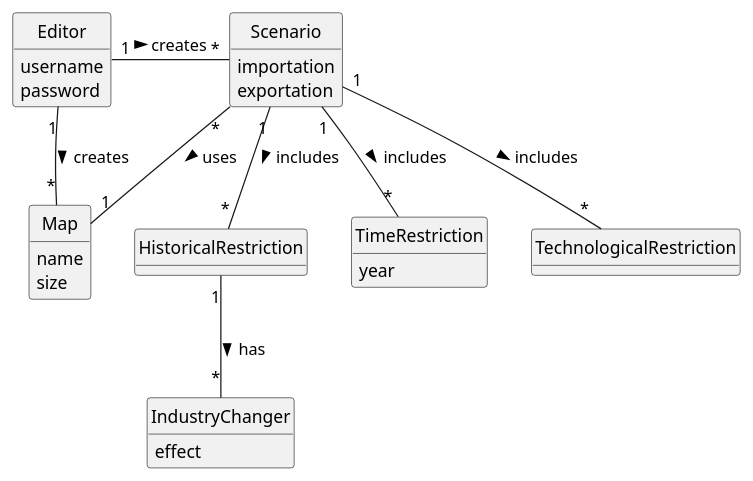
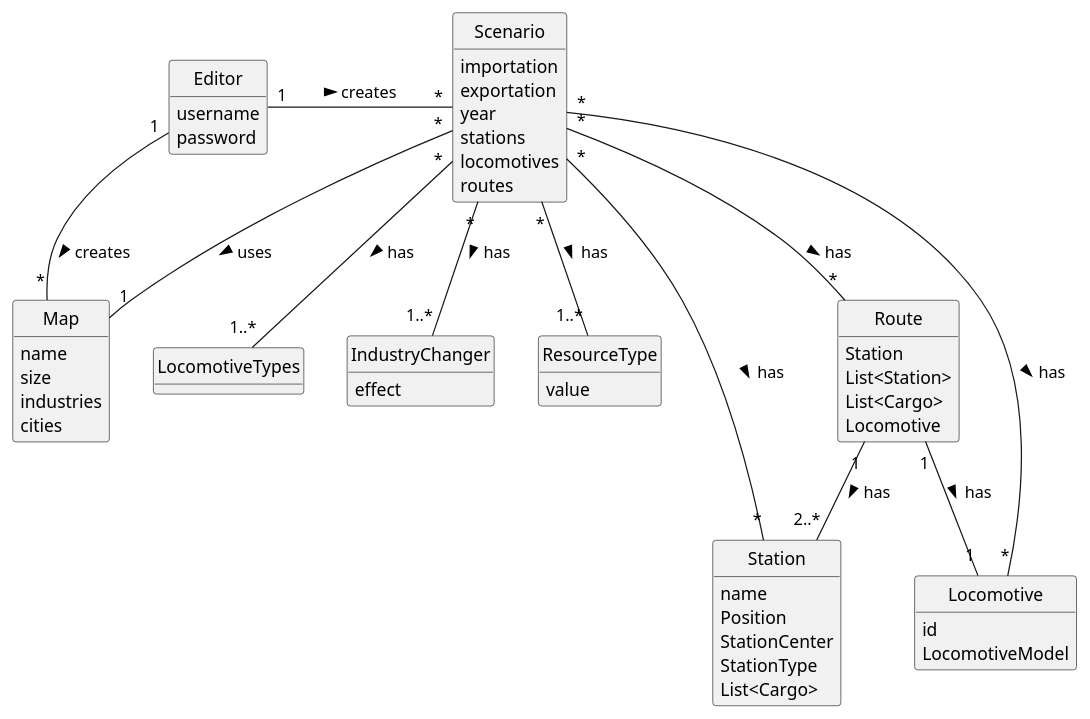
The diagram in Sprint2/US004/02.analysis/puml/US004-DM.puml (1240935/pi2-railway-simulator), drawn with PlantUML before and after one commit. The commit also changed 20 other files, not shown here.

```diff
--- a/Sprint2/US004/02.analysis/puml/US004-DM.puml
+++ b/Sprint2/US004/02.analysis/puml/US004-DM.puml
@@ -1,49 +1,76 @@
 @startuml
 skinparam monochrome true
 skinparam packageStyle rectangle
 skinparam shadowing false
 'skinparam linetype ortho
 'left to right direction
 skinparam classAttributeIconSize 0
 hide circle
 hide methods
 
 
 class Map {
     name
     size
+    industries
+    cities
 }
 
 class Scenario {
     importation
     exportation
+    year
+    stations
+    locomotives
+    routes
 }
 
 class Editor {
     username
     password
 }
 
-class HistoricalRestriction{
-}
-
-class TimeRestriction{
-    year
-}
-
-class TechnologicalRestriction{
+class LocomotiveTypes{
 }
 
 class IndustryChanger{
     effect
 }
 
+class ResourceType{
+    value
+}
+
+class Station{
+    name
+    Position
+    StationCenter
+    StationType
+    List<Cargo>
+}
+
+class Locomotive{
+    id
+    LocomotiveModel
+}
+
+class Route{
+    Station
+    List<Station>
+    List<Cargo>
+    Locomotive
+}
+
+
 Editor "1" - "*" Map : creates >
 Editor "1" - "*" Scenario : creates >
 Scenario "*" -- "1" Map : uses >
-Scenario "1" -- "*" HistoricalRestriction: includes >
-Scenario "1" -- "*" TechnologicalRestriction: includes >
-Scenario "1" -- "*" TimeRestriction: includes >
-HistoricalRestriction "1" -- "*" IndustryChanger: has >
-
+Scenario "*" -- "1..*" IndustryChanger : has >
+Scenario "*" -- "1..*" LocomotiveTypes : has >
+Scenario "*" -- "1..*" ResourceType : has >
+Scenario "*" -- "*" Station : has >
+Scenario "*" -- "*" Locomotive : has >
+Scenario "*" -- "*" Route : has >
+Route "1" -- "2..*" Station : has >
+Route "1" -- "1" Locomotive : has >
 @enduml
```
